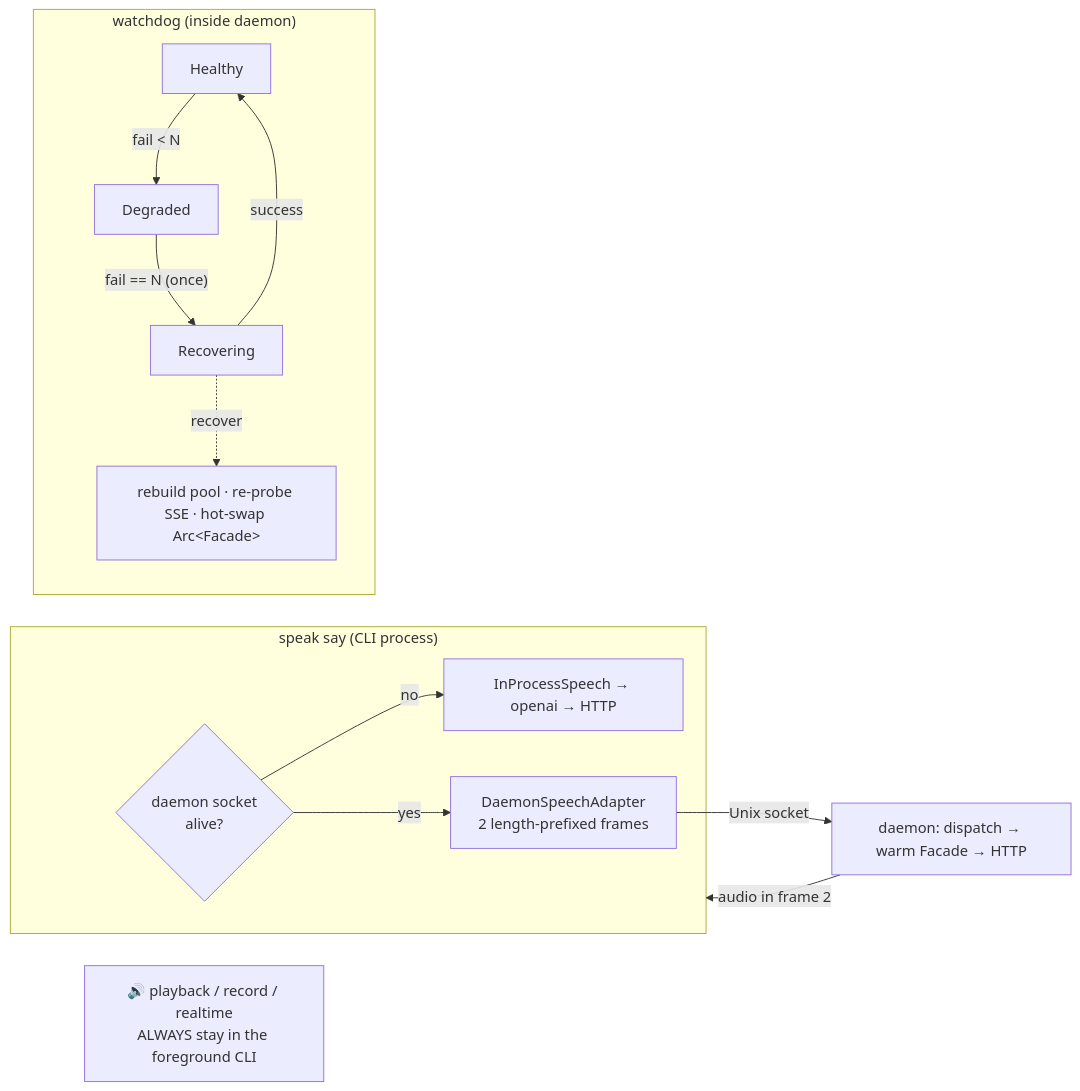
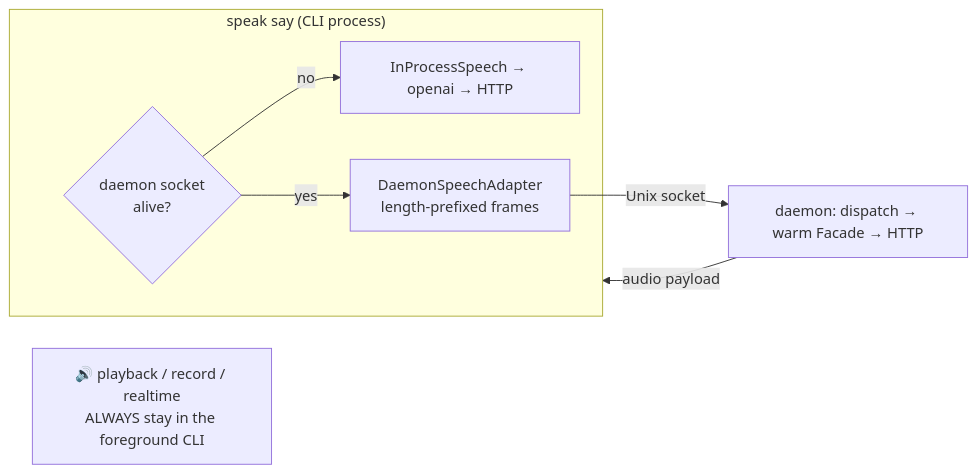
One commit to farchanjo/speak changed the fourth of 7 diagrams in README.md. Above: the diagram before and after it, drawn with Mermaid. The commit also changed other lines of this file, not shown here.

First line of the commit message:
docs: rewrite README beginner-friendly with mermaid + architecture links

````diff
--- a/README.md
+++ b/README.md
@@ -360,17 +567,11 @@
 ```mermaid
 flowchart LR
     subgraph oneshot["speak say (CLI process)"]
         Q{"daemon socket<br/>alive?"}
         Q -- no --> IP["InProcessSpeech → openai → HTTP"]
-        Q -- yes --> DA["DaemonSpeechAdapter<br/>2 length-prefixed frames"]
+        Q -- yes --> DA["DaemonSpeechAdapter<br/>length-prefixed frames"]
     end
     DA -->|Unix socket| SRV["daemon: dispatch → warm Facade → HTTP"]
-    SRV -->|audio in frame 2| oneshot
+    SRV -->|audio payload| oneshot
     N["🔊 playback / record / realtime<br/>ALWAYS stay in the foreground CLI"]
-    subgraph wd["watchdog (inside daemon)"]
-        H["Healthy"] -- "fail &lt; N" --> Dg["Degraded"]
-        Dg -- "fail == N (once)" --> Rc["Recovering"]
-        Rc -- success --> H
-        Rc -. recover .-> SW["rebuild pool · re-probe SSE · hot-swap Arc&lt;Facade&gt;"]
-    end
 ```
````
